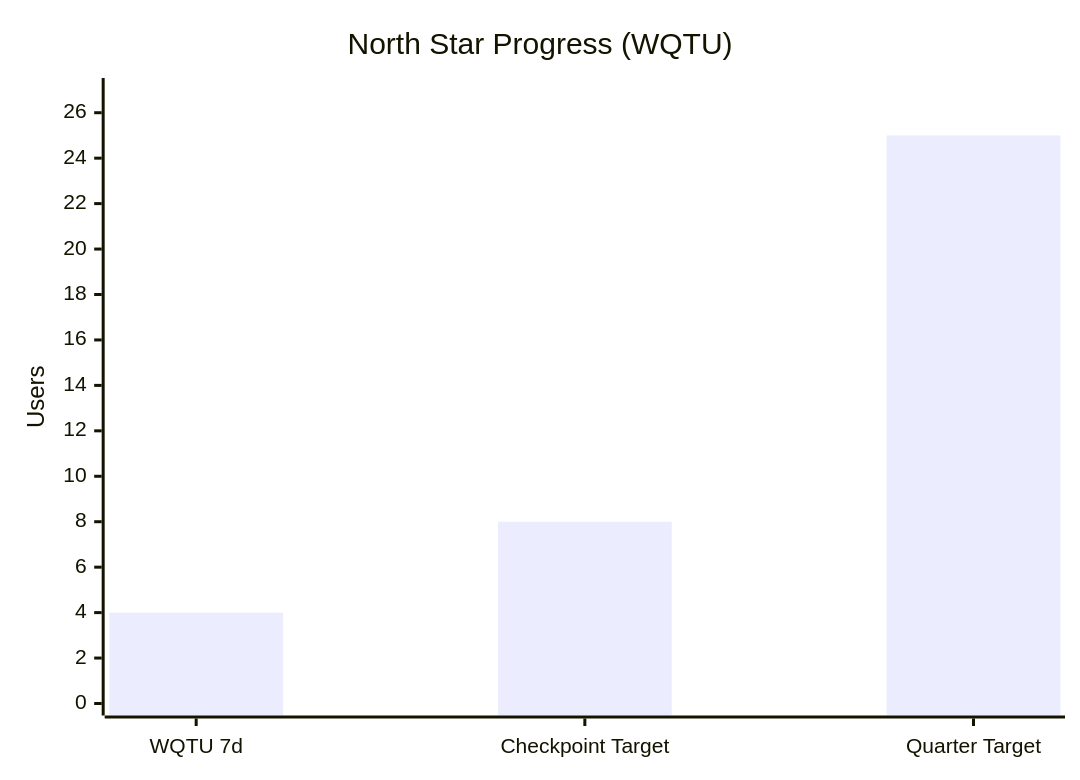
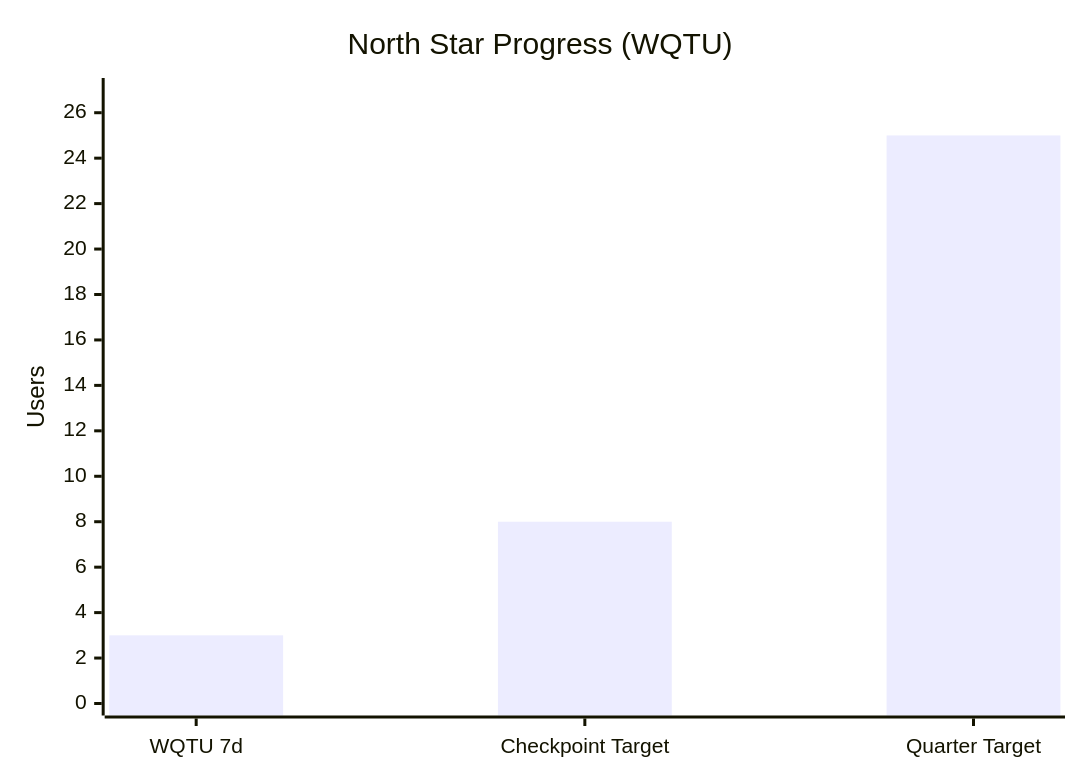
Before and after one commit to IgorGanapolsky/SuperPassword: the second of 4 diagrams in wiki/Paid-Acquisition.md, drawn with Mermaid. The commit also changed other lines of this file and 10 other files, not shown here.

````diff
--- a/wiki/Paid-Acquisition.md
+++ b/wiki/Paid-Acquisition.md
@@ -50,7 +50,7 @@
 ```mermaid
 xychart-beta
     title "North Star Progress (WQTU)"
     x-axis ["WQTU 7d" , "Checkpoint Target" , "Quarter Target"]
     y-axis "Users" 0 --> 27
-    bar [4 , 8 , 25]
+    bar [3 , 8 , 25]
 ```
````
